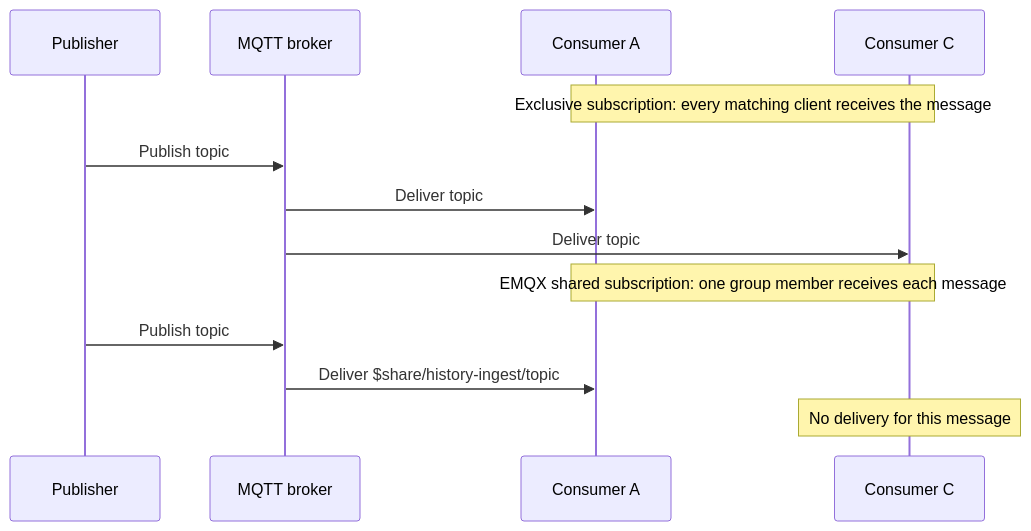
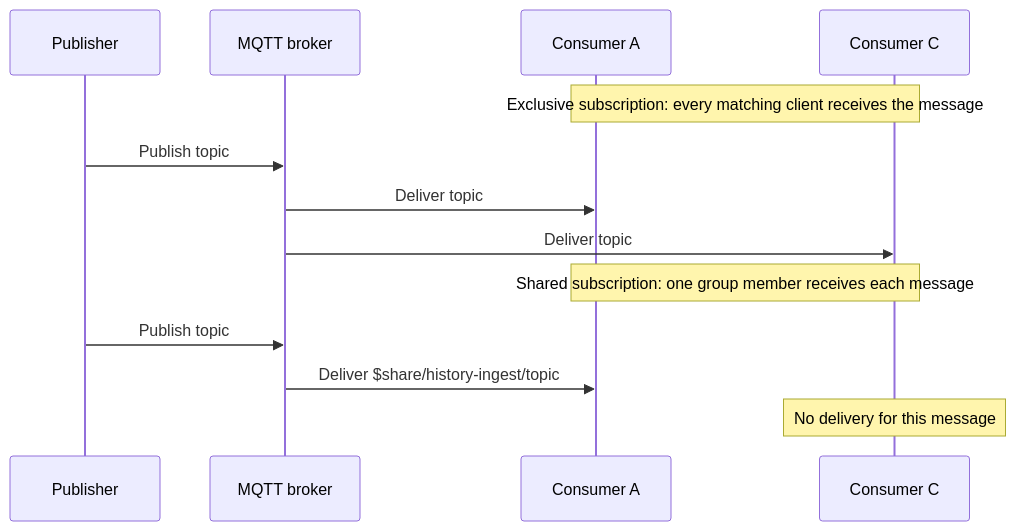
Before and after one commit to PetoAdam/homenavi: the third of 5 diagrams in doc/mqtt_architecture.md, drawn with Mermaid. The commit also changed other lines of this file and 72 other files, not shown here.

````diff
--- a/doc/mqtt_architecture.md
+++ b/doc/mqtt_architecture.md
@@ -70,17 +70,17 @@
 ```mermaid
 sequenceDiagram
     participant P as Publisher
     participant B as MQTT broker
     participant A as Consumer A
     participant C as Consumer C
 
     Note over A,C: Exclusive subscription: every matching client receives the message
     P->>B: Publish topic
     B->>A: Deliver topic
     B->>C: Deliver topic
 
-    Note over A,C: EMQX shared subscription: one group member receives each message
+    Note over A,C: Shared subscription: one group member receives each message
     P->>B: Publish topic
     B->>A: Deliver $share/history-ingest/topic
     Note over C: No delivery for this message
 ```
````
